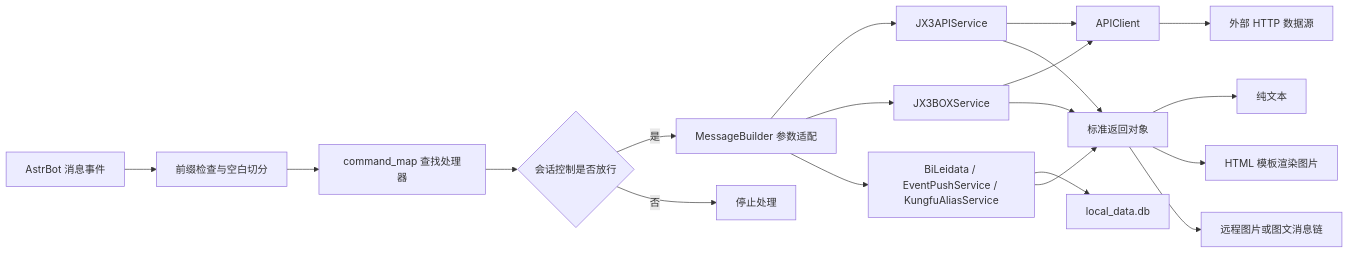
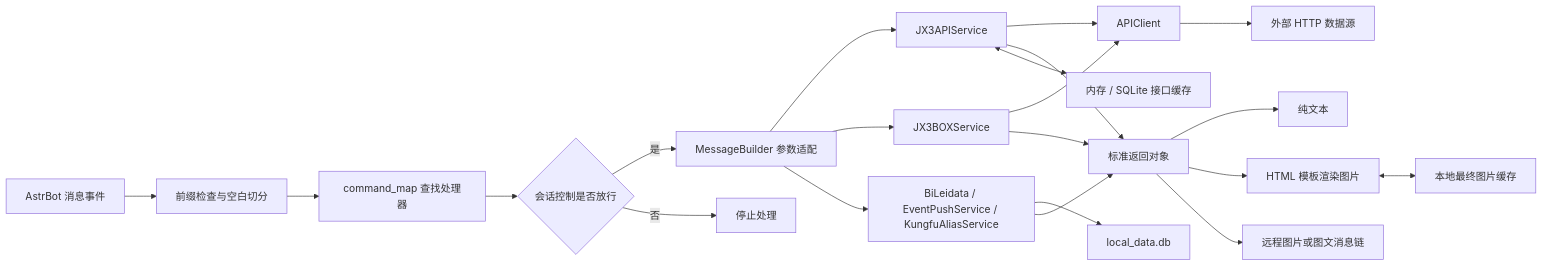
Before and after one commit to qsc20001102/astrbot_plugin_jx3: the diagram in README.md, drawn with Mermaid. The commit also changed other lines of this file and 17 other files, not shown here.

````diff
--- a/README.md
+++ b/README.md
@@ -306,21 +325,23 @@
 ```mermaid
 flowchart LR
     A["AstrBot 消息事件"] --> B["前缀检查与空白切分"]
     B --> C["command_map 查找处理器"]
     C --> K{"会话控制是否放行"}
     K -->|是| D["MessageBuilder 参数适配"]
     K -->|否| X["停止处理"]
     D --> E1["JX3APIService"]
     D --> E2["JX3BOXService"]
     D --> E3["BiLeidata / EventPushService / KungfuAliasService"]
     E1 --> F["APIClient"]
     E2 --> F
     F --> G["外部 HTTP 数据源"]
     E3 --> H["local_data.db"]
     E1 --> I["标准返回对象"]
     E2 --> I
     E3 --> I
     I --> J1["纯文本"]
     I --> J2["HTML 模板渲染图片"]
     I --> J3["远程图片或图文消息链"]
+    E1 <--> L["内存 / SQLite 接口缓存"]
+    J2 <--> M["本地最终图片缓存"]
 ```
````
